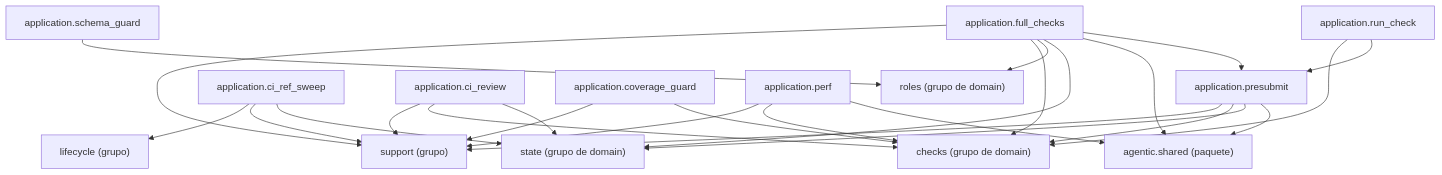
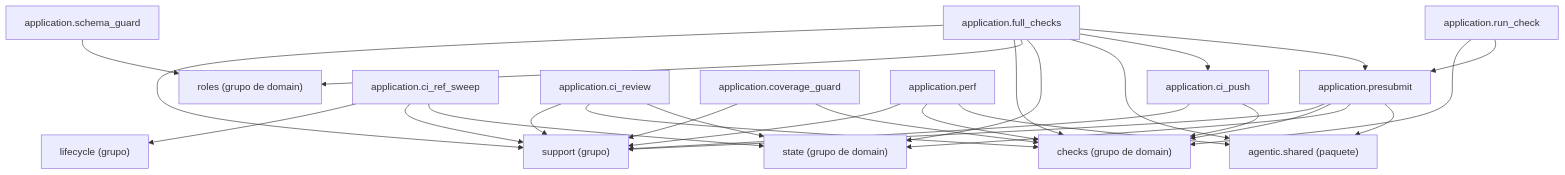
The diagram in docs/architecture/generated/packages-process-application-checks.md (GonzaloZevallos/agentic-system), drawn with Mermaid before and after one commit. The commit also changed 19 other files, not shown here.

````diff
--- a/docs/architecture/generated/packages-process-application-checks.md
+++ b/docs/architecture/generated/packages-process-application-checks.md
@@ -16,41 +16,45 @@
 ```mermaid
 graph TD
     g_application__lifecycle["lifecycle (grupo)"]
     g_application__support["support (grupo)"]
     g_domain__checks["checks (grupo de domain)"]
     g_domain__roles["roles (grupo de domain)"]
     g_domain__state["state (grupo de domain)"]
     g_pkg__agentic__shared["agentic.shared (paquete)"]
+    m_application__ci_push["application.ci_push"]
     m_application__ci_ref_sweep["application.ci_ref_sweep"]
     m_application__ci_review["application.ci_review"]
     m_application__coverage_guard["application.coverage_guard"]
     m_application__full_checks["application.full_checks"]
     m_application__perf["application.perf"]
     m_application__presubmit["application.presubmit"]
     m_application__run_check["application.run_check"]
     m_application__schema_guard["application.schema_guard"]
+    m_application__ci_push --> g_application__support
+    m_application__ci_push --> g_domain__checks
     m_application__ci_ref_sweep --> g_application__lifecycle
     m_application__ci_ref_sweep --> g_application__support
     m_application__ci_ref_sweep --> g_domain__state
     m_application__ci_review --> g_application__support
     m_application__ci_review --> g_domain__checks
     m_application__ci_review --> g_domain__state
     m_application__coverage_guard --> g_application__support
     m_application__coverage_guard --> g_domain__checks
     m_application__full_checks --> g_application__support
     m_application__full_checks --> g_domain__checks
     m_application__full_checks --> g_domain__roles
     m_application__full_checks --> g_domain__state
     m_application__full_checks --> g_pkg__agentic__shared
+    m_application__full_checks --> m_application__ci_push
     m_application__full_checks --> m_application__presubmit
     m_application__perf --> g_application__support
     m_application__perf --> g_domain__checks
     m_application__perf --> g_pkg__agentic__shared
     m_application__presubmit --> g_application__support
     m_application__presubmit --> g_domain__checks
     m_application__presubmit --> g_domain__state
     m_application__presubmit --> g_pkg__agentic__shared
     m_application__run_check --> g_domain__checks
     m_application__run_check --> m_application__presubmit
     m_application__schema_guard --> g_domain__roles
 ```
````
